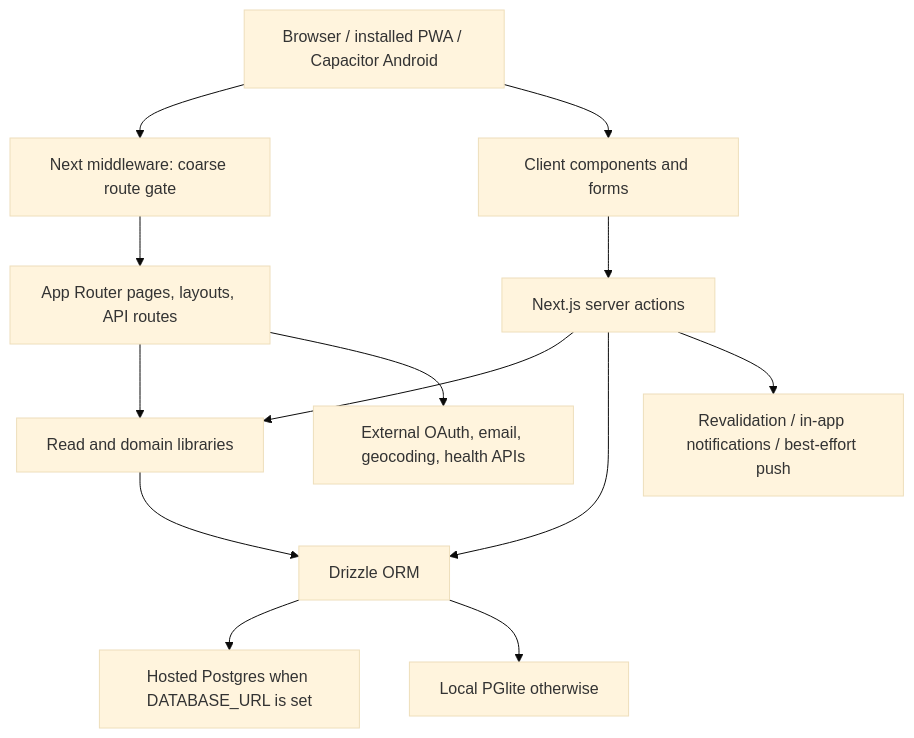
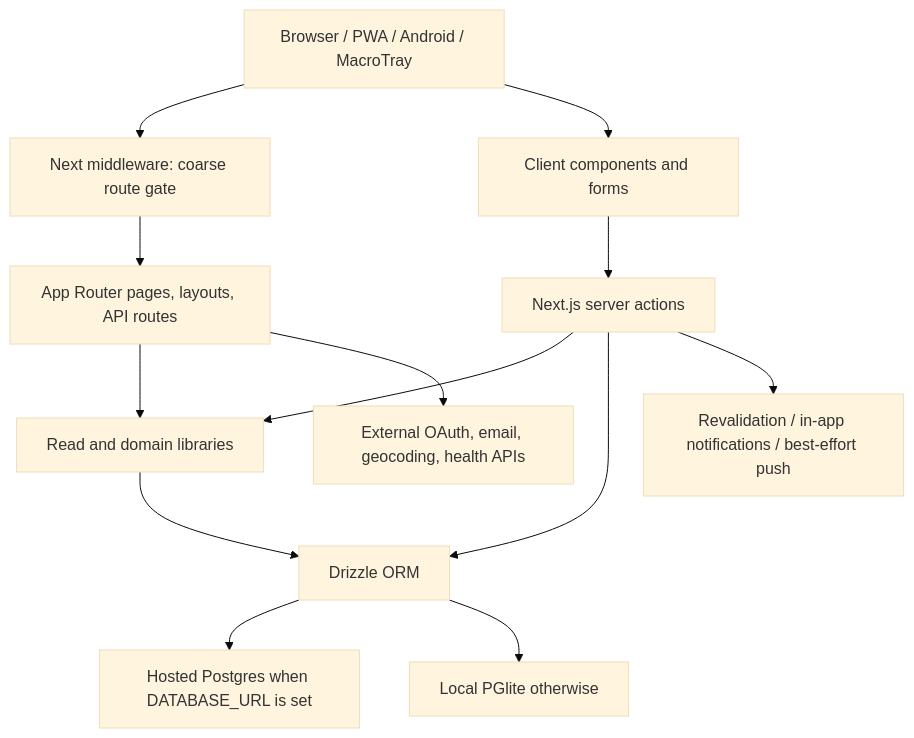
The diagram in docs/architecture.md (zja1999/Macro-Map-3.0), drawn with Mermaid (base theme) before and after one commit. The commit also changed other lines of this file and 66 other files, not shown here.

Commit message:
Add MacroTray Windows shell and pairing support

````diff
--- a/docs/architecture.md
+++ b/docs/architecture.md
@@ -7,15 +7,15 @@
 ```mermaid
 flowchart TD
-    C["Browser / installed PWA / Capacitor Android"] --> M["Next middleware: coarse route gate"]
+    C["Browser / PWA / Android / MacroTray"] --> M["Next middleware: coarse route gate"]
     M --> R["App Router pages, layouts, API routes"]
     R --> Q["Read and domain libraries"]
     C --> UI["Client components and forms"]
     UI --> A["Next.js server actions"]
     A --> Q
     Q --> D["Drizzle ORM"]
     A --> D
     D --> PG["Hosted Postgres when DATABASE_URL is set"]
     D --> PL["Local PGlite otherwise"]
     A --> N["Revalidation / in-app notifications / best-effort push"]
     R --> E["External OAuth, email, geocoding, health APIs"]
 ```
````
